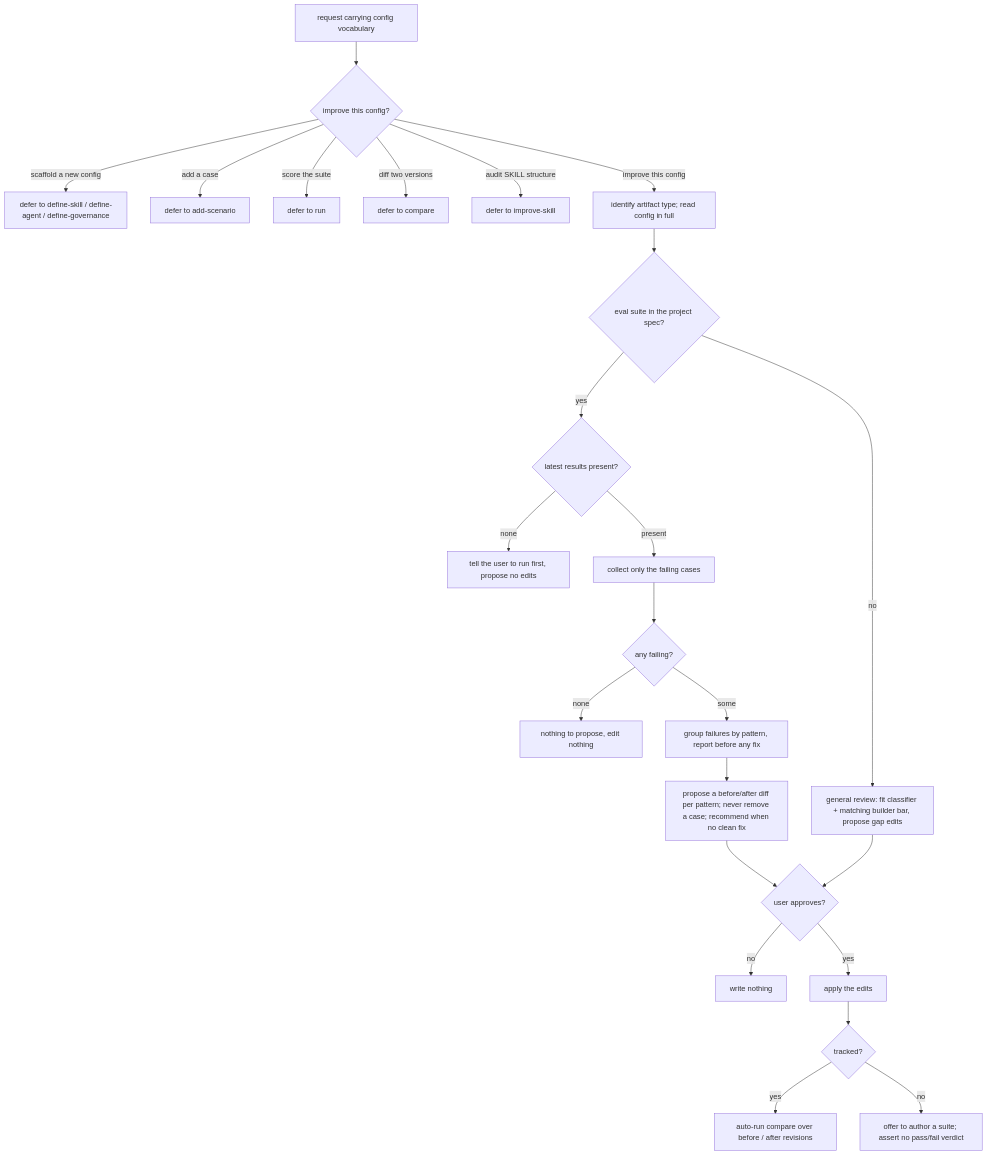
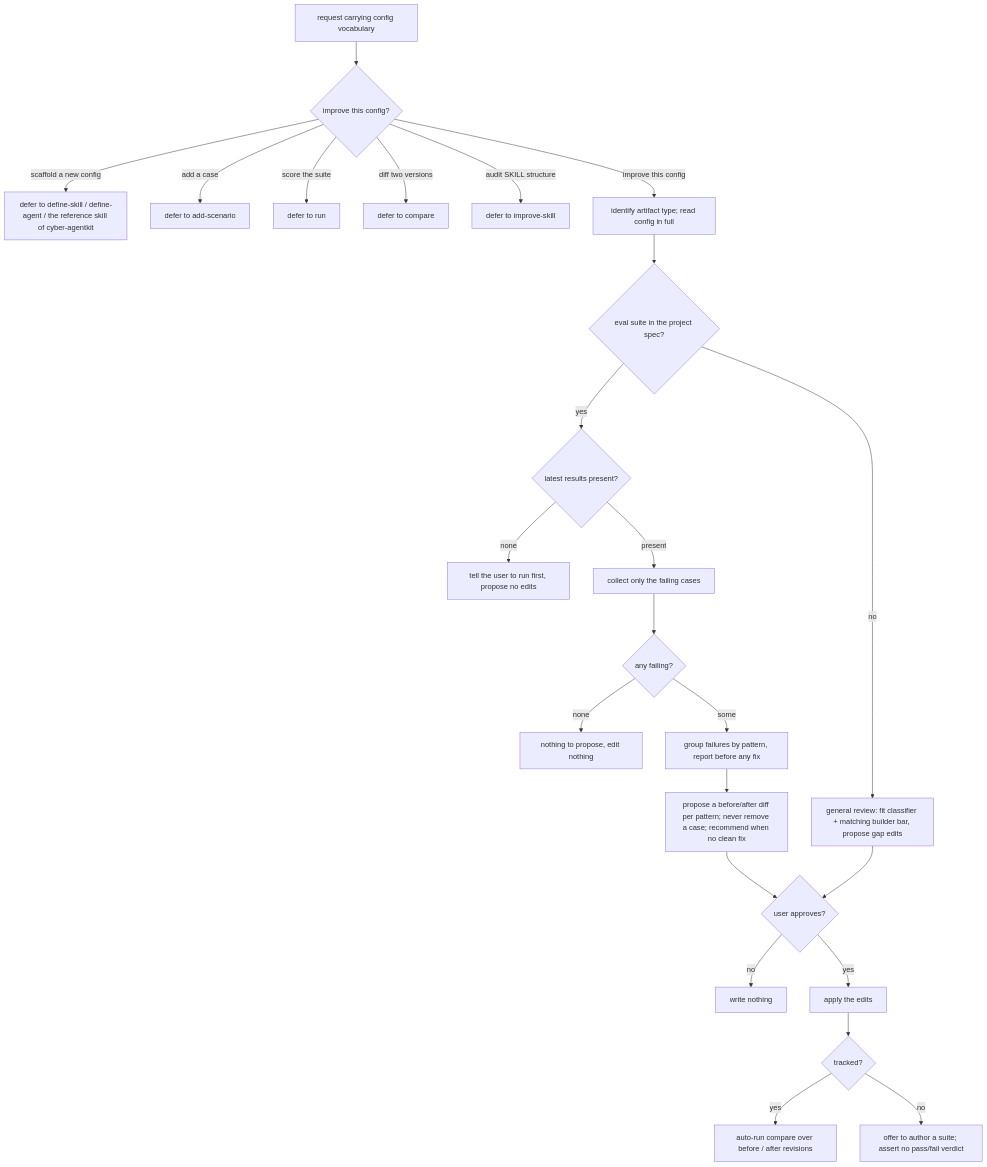
Before and after one commit to cyberuni/cyber-sdd: the diagram in .agents/specs/aced/suite-authoring/improve/README.md, drawn with Mermaid. The commit also changed other lines of this file and 28 other files, not shown here.

First line of the commit message:
feat(aced): replace define-governance with the cyber-agentkit reference skill

````diff
--- a/.agents/specs/aced/suite-authoring/improve/README.md
+++ b/.agents/specs/aced/suite-authoring/improve/README.md
@@ -39,30 +39,30 @@
 ```mermaid
 flowchart TD
   req[request carrying config vocabulary] --> route{improve this config?}
-  route -- scaffold a new config --> define[defer to define-skill / define-agent / define-governance]
+  route -- scaffold a new config --> define[defer to define-skill / define-agent / the reference skill of cyber-agentkit]
   route -- add a case --> add[defer to add-scenario]
   route -- score the suite --> run[defer to run]
   route -- diff two versions --> compare[defer to compare]
   route -- audit SKILL structure --> impskill[defer to improve-skill]
   route -- improve this config --> locate[identify artifact type; read config in full]
 
   locate --> tracked{eval suite in the project spec?}
 
   tracked -- yes --> results{latest results present?}
   results -- none --> pointrun[tell the user to run first, propose no edits]
   results -- present --> collect[collect only the failing cases]
   collect --> nofail{any failing?}
   nofail -- none --> nothing[nothing to propose, edit nothing]
   nofail -- some --> group[group failures by pattern, report before any fix]
   group --> propose[propose a before/after diff per pattern; never remove a case; recommend when no clean fix]
 
   tracked -- no --> review[general review: fit classifier + matching builder bar, propose gap edits]
 
   propose --> confirm{user approves?}
   review --> confirm
   confirm -- no --> hold[write nothing]
   confirm -- yes --> apply[apply the edits]
   apply --> verify{tracked?}
   verify -- yes --> autocompare[auto-run compare over before / after revisions]
   verify -- no --> offer[offer to author a suite; assert no pass/fail verdict]
 ```
````
